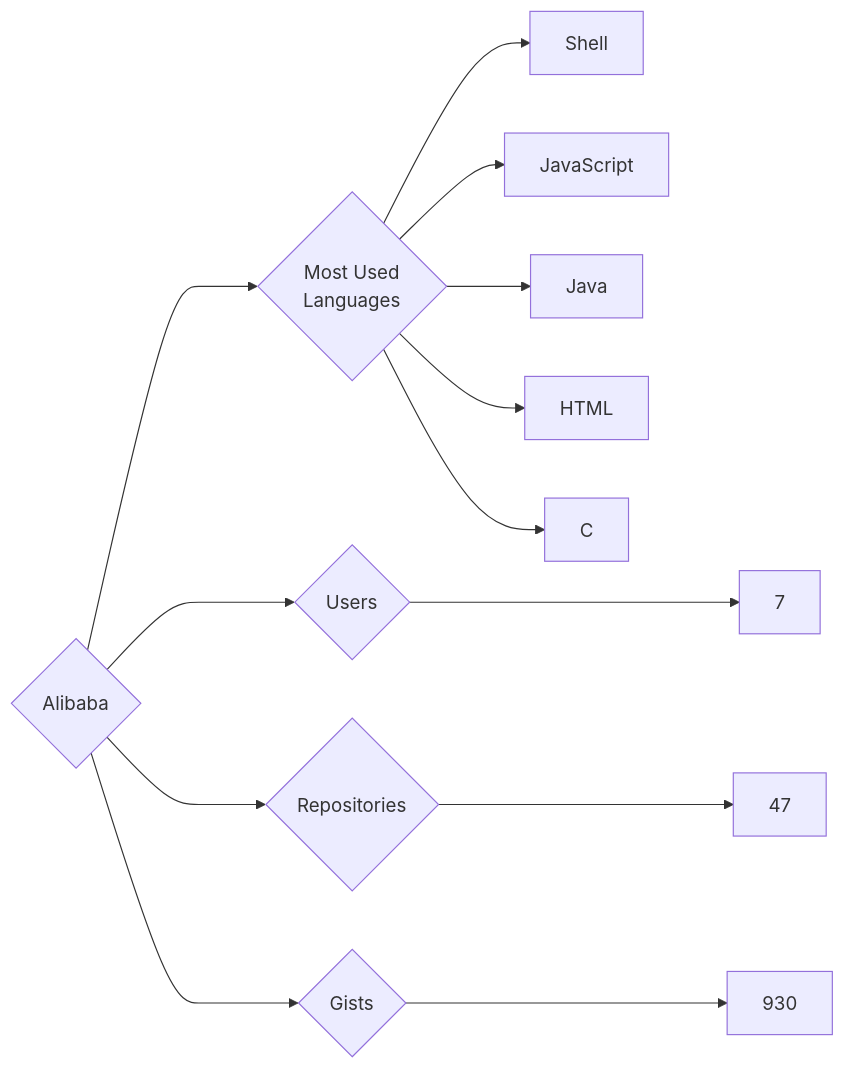
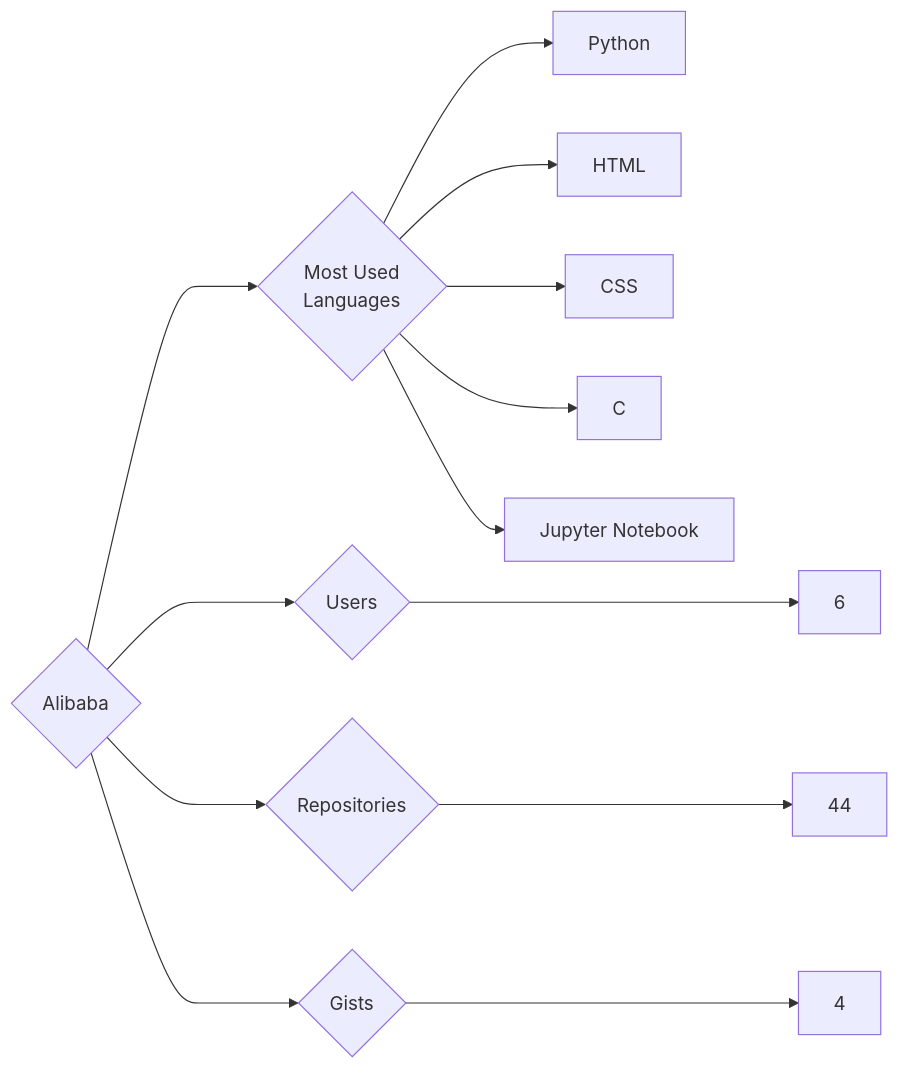
One commit to trickest/insiders changed the diagram in targets/Alibaba/README.md. Above: the diagram before and after it, drawn with Mermaid. The commit also changed 912 other files, not shown here.

````diff
--- a/targets/Alibaba/README.md
+++ b/targets/Alibaba/README.md
@@ -3,13 +3,13 @@
 ```mermaid
 graph LR
 COMPANY_NAME{Alibaba}
-COMPANY_NAME ---> U{Users} ---> UN[7]
-COMPANY_NAME ---> R{Repositories} ---> RN[47]
-COMPANY_NAME ---> G{Gists} ---> GN[930]
+COMPANY_NAME ---> U{Users} ---> UN[6]
+COMPANY_NAME ---> R{Repositories} ---> RN[44]
+COMPANY_NAME ---> G{Gists} ---> GN[4]
 COMPANY_NAME ---> ML{Most Used<br>Languages}
-ML --> Shell[Shell]
-ML --> JavaScript[JavaScript]
-ML --> Java[Java]
+ML --> Python[Python]
 ML --> HTML[HTML]
+ML --> CSS[CSS]
 ML --> C[C]
+ML --> Jupyter_Notebook[Jupyter Notebook]
 ```
````
